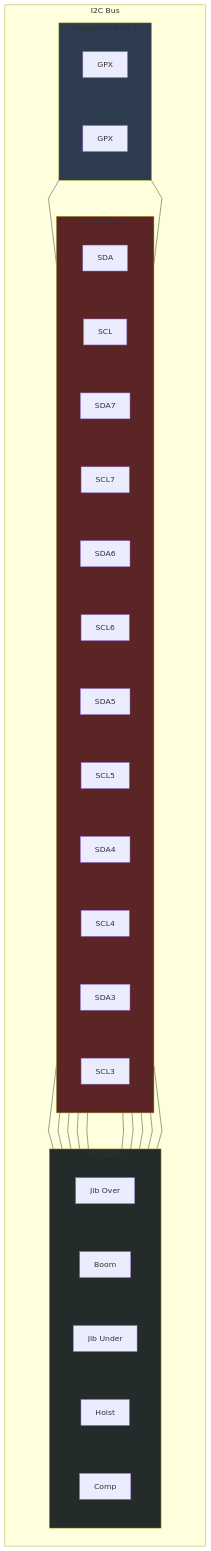
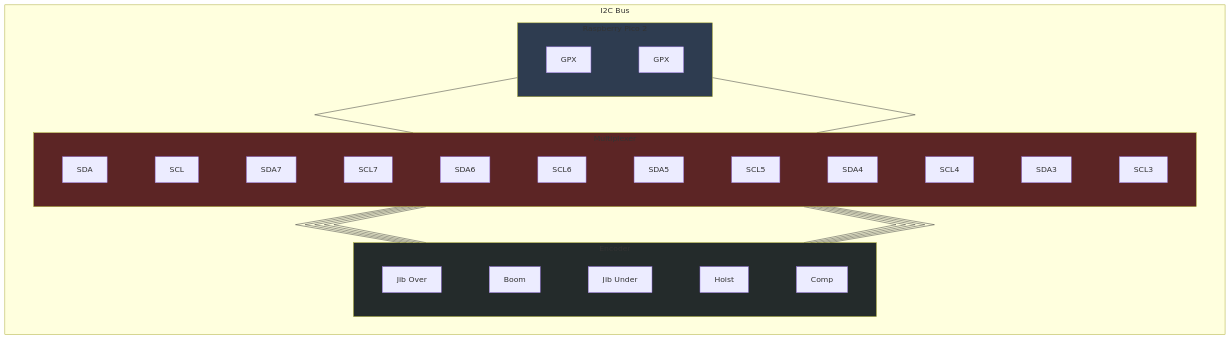
The second of 5 diagrams in README_typhora.md (lyngstad-armin/scale-crane-electric-wire-luffing), drawn with Mermaid before and after one commit. The commit also changed other lines of this file, not shown here.

```diff
--- a/README_typhora.md
+++ b/README_typhora.md
@@ -131,7 +132,7 @@
 end
 
 subgraph PICO[Raspberry Pico 2]
-    direction LR
+    direction TB
 
     SDA[GPX]
     SCL[GPX]
@@ -141,7 +142,7 @@
 
 
 subgraph MPX[Multiplexer]
-    direction LR
+    direction TB
 
     MP_1[SDA]
     MP_2[SCL]
@@ -162,7 +163,7 @@
 
 
 subgraph ENC[Encoder]
-    direction LR
+    direction TB
 
     ENC1[Jib Over]
     ENC2[Boom]
```
